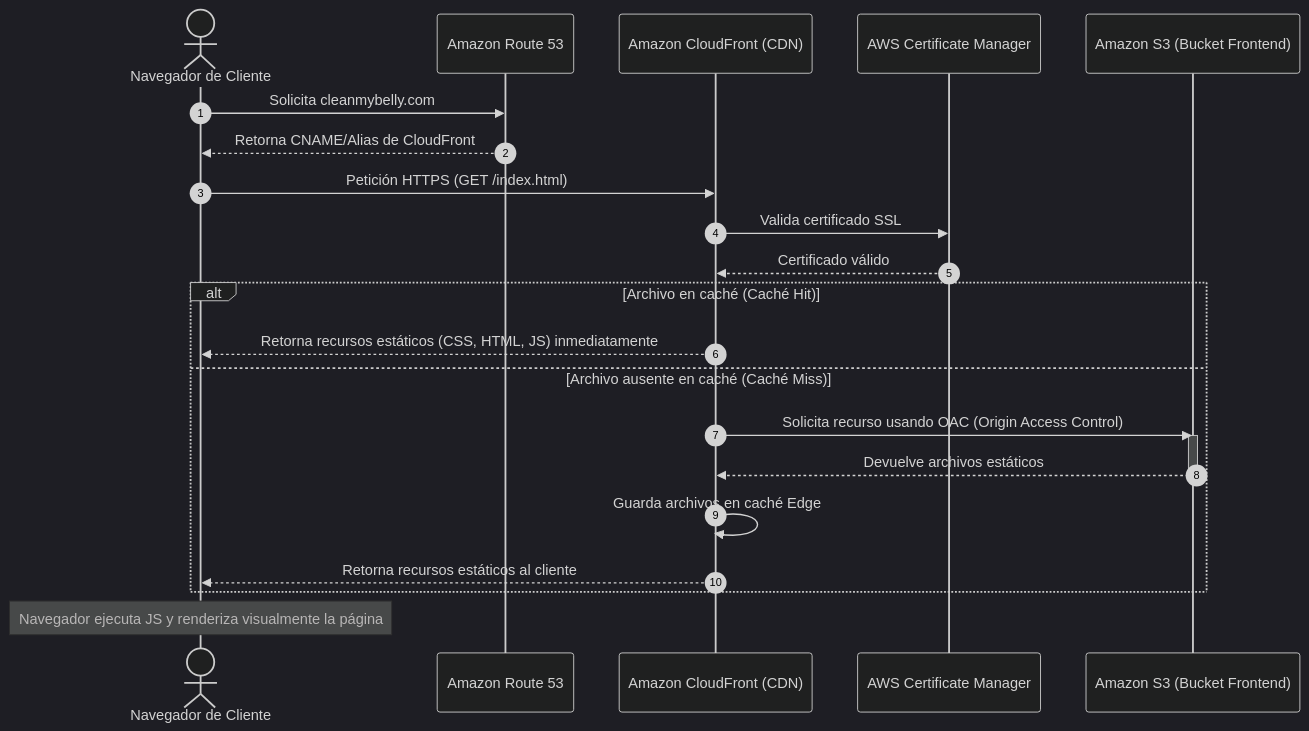
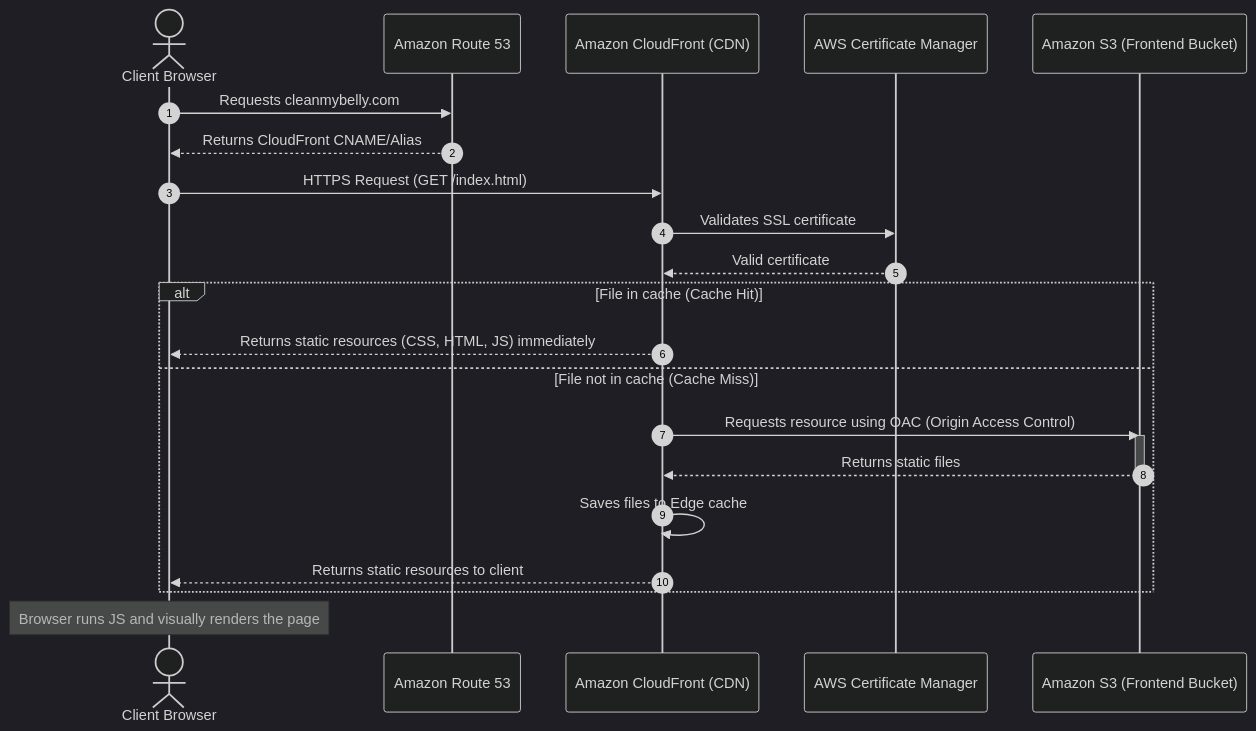
The diagram in docs/infra/frontend.md (Beep1608/cleanmybelly), drawn with Mermaid (dark theme) before and after one commit. The commit also changed other lines of this file and 5 other files, not shown here.

````diff
--- a/docs/infra/frontend.md
+++ b/docs/infra/frontend.md
@@ -32,28 +32,28 @@
 ```mermaid
 sequenceDiagram
     autonumber
-    actor Usuario as Navegador de Cliente
+    actor User as Client Browser
     participant R53 as Amazon Route 53
     participant CF as Amazon CloudFront (CDN)
     participant ACM as AWS Certificate Manager
-    participant S3 as Amazon S3 (Bucket Frontend)
+    participant S3 as Amazon S3 (Frontend Bucket)
 
-    Usuario->>R53: Solicita cleanmybelly.com
-    R53-->>Usuario: Retorna CNAME/Alias de CloudFront
-    Usuario->>CF: Petición HTTPS (GET /index.html)
-    CF->>ACM: Valida certificado SSL
-    ACM-->>CF: Certificado válido
+    User->>R53: Requests cleanmybelly.com
+    R53-->>User: Returns CloudFront CNAME/Alias
+    User->>CF: HTTPS Request (GET /index.html)
+    CF->>ACM: Validates SSL certificate
+    ACM-->>CF: Valid certificate
 
-    alt Archivo en caché (Caché Hit)
-        CF-->>Usuario: Retorna recursos estáticos (CSS, HTML, JS) inmediatamente
-    else Archivo ausente en caché (Caché Miss)
-        CF->>S3: Solicita recurso usando OAC (Origin Access Control)
+    alt File in cache (Cache Hit)
+        CF-->>User: Returns static resources (CSS, HTML, JS) immediately
+    else File not in cache (Cache Miss)
+        CF->>S3: Requests resource using OAC (Origin Access Control)
         activate S3
-        S3-->>CF: Devuelve archivos estáticos
+        S3-->>CF: Returns static files
         deactivate S3
-        CF->>CF: Guarda archivos en caché Edge
-        CF-->>Usuario: Retorna recursos estáticos al cliente
+        CF->>CF: Saves files to Edge cache
+        CF-->>User: Returns static resources to client
     end
 
-    Note over Usuario: Navegador ejecuta JS y renderiza visualmente la página
+    Note over User: Browser runs JS and visually renders the page
 ```
````
